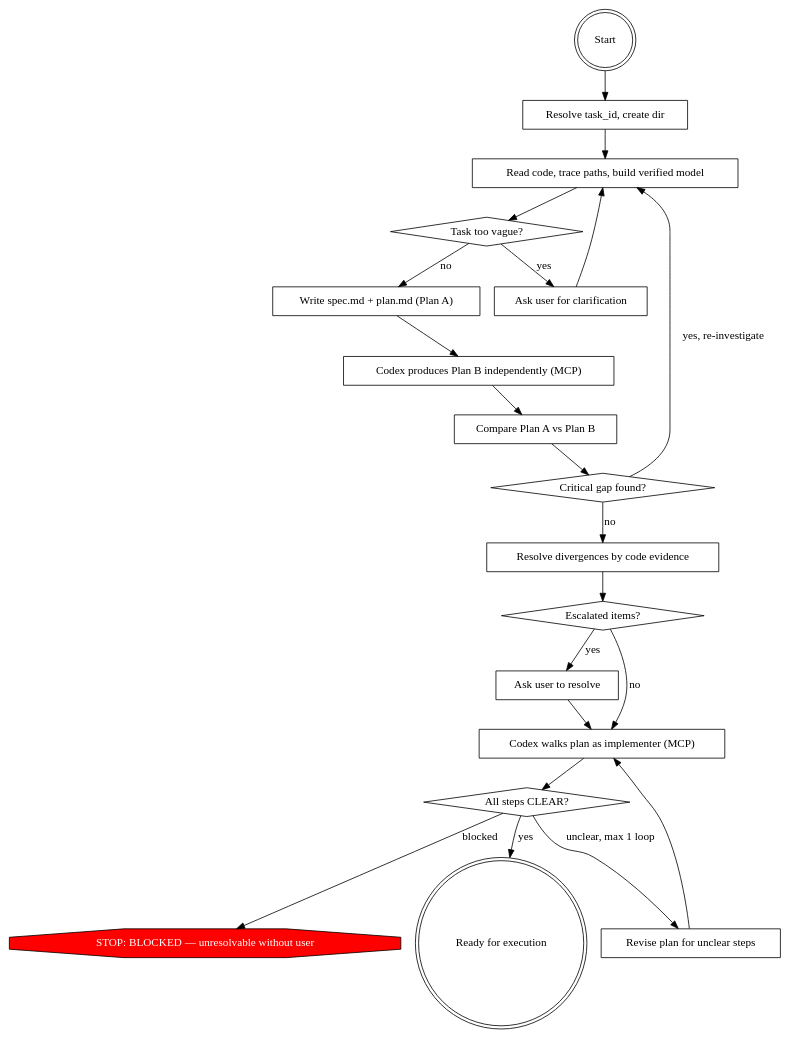
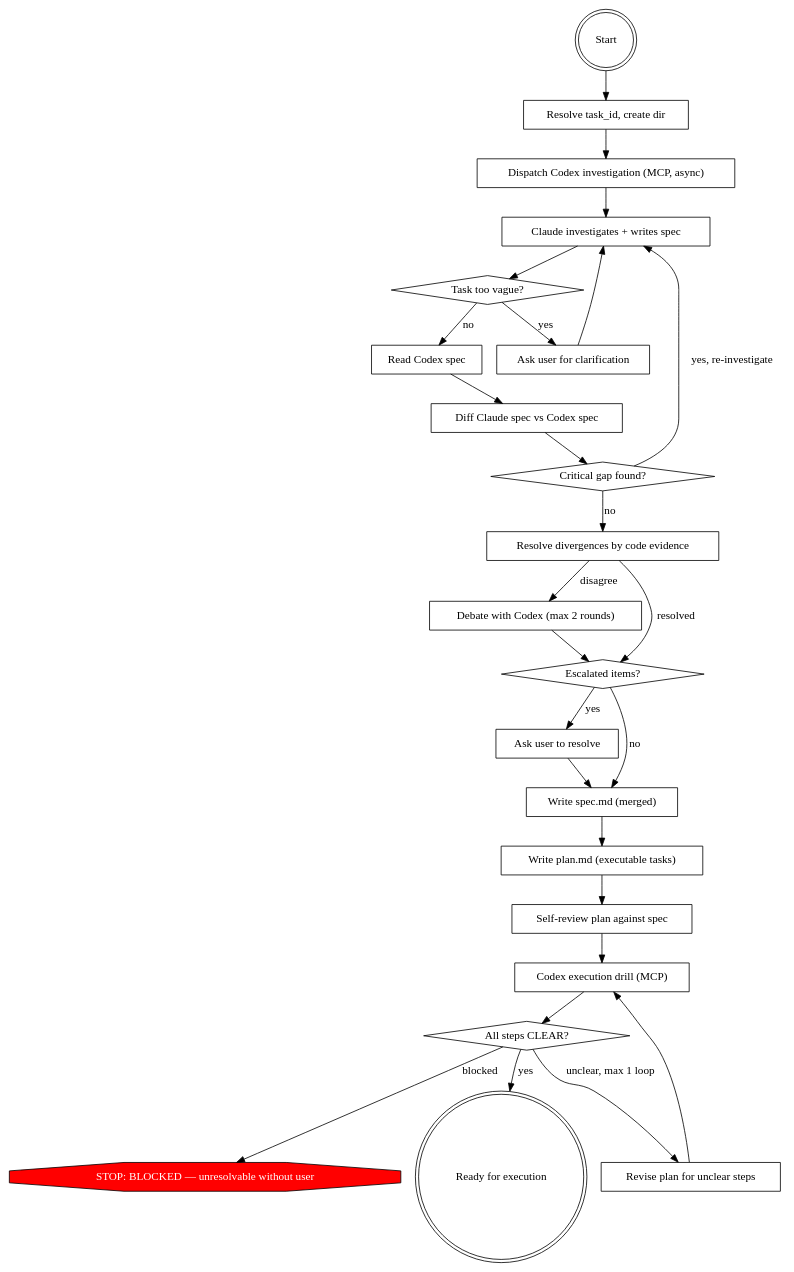
The diagram in skills/plan/SKILL.md (tryship/ship), drawn with Graphviz before and after one commit. The commit also changed other lines of this file and 4 other files, not shown here.

First line of the commit message:
feat(plan): v1.0.0 — parallel investigation, brainstorming specs, executable plans

````diff
--- a/skills/plan/SKILL.md
+++ b/skills/plan/SKILL.md
@@ -58,44 +39,53 @@
 ```dot
 digraph plan {
     rankdir=TB;
 
     "Start" [shape=doublecircle];
     "Resolve task_id, create dir" [shape=box];
-    "Read code, trace paths, build verified model" [shape=box];
+    "Dispatch Codex investigation (MCP, async)" [shape=box];
+    "Claude investigates + writes spec" [shape=box];
+    "Read Codex spec" [shape=box];
     "Task too vague?" [shape=diamond];
     "Ask user for clarification" [shape=box];
-    "Write spec.md + plan.md (Plan A)" [shape=box];
-    "Codex produces Plan B independently (MCP)" [shape=box];
-    "Compare Plan A vs Plan B" [shape=box];
+    "Diff Claude spec vs Codex spec" [shape=box];
     "Critical gap found?" [shape=diamond];
     "Resolve divergences by code evidence" [shape=box];
+    "Debate with Codex (max 2 rounds)" [shape=box];
     "Escalated items?" [shape=diamond];
     "Ask user to resolve" [shape=box];
-    "Codex walks plan as implementer (MCP)" [shape=box];
+    "Write spec.md (merged)" [shape=box];
+    "Write plan.md (executable tasks)" [shape=box];
+    "Self-review plan against spec" [shape=box];
+    "Codex execution drill (MCP)" [shape=box];
     "All steps CLEAR?" [shape=diamond];
     "Revise plan for unclear steps" [shape=box];
     "STOP: BLOCKED — unresolvable without user" [shape=octagon, style=filled, fillcolor=red, fontcolor=white];
     "Ready for execution" [shape=doublecircle];
 
     "Start" -> "Resolve task_id, create dir";
-    "Resolve task_id, create dir" -> "Read code, trace paths, build verified model";
-    "Read code, trace paths, build verified model" -> "Task too vague?";
+    "Resolve task_id, create dir" -> "Dispatch Codex investigation (MCP, async)";
+    "Dispatch Codex investigation (MCP, async)" -> "Claude investigates + writes spec";
+    "Claude investigates + writes spec" -> "Task too vague?";
     "Task too vague?" -> "Ask user for clarification" [label="yes"];
-    "Ask user for clarification" -> "Read code, trace paths, build verified model";
-    "Task too vague?" -> "Write spec.md + plan.md (Plan A)" [label="no"];
-    "Write spec.md + plan.md (Plan A)" -> "Codex produces Plan B independently (MCP)";
-    "Codex produces Plan B independently (MCP)" -> "Compare Plan A vs Plan B";
-    "Compare Plan A vs Plan B" -> "Critical gap found?";
-    "Critical gap found?" -> "Read code, trace paths, build verified model" [label="yes, re-investigate"];
+    "Ask user for clarification" -> "Claude investigates + writes spec";
+    "Task too vague?" -> "Read Codex spec" [label="no"];
+    "Read Codex spec" -> "Diff Claude spec vs Codex spec";
+    "Diff Claude spec vs Codex spec" -> "Critical gap found?";
+    "Critical gap found?" -> "Claude investigates + writes spec" [label="yes, re-investigate"];
     "Critical gap found?" -> "Resolve divergences by code evidence" [label="no"];
-    "Resolve divergences by code evidence" -> "Escalated items?";
+    "Resolve divergences by code evidence" -> "Debate with Codex (max 2 rounds)" [label="disagree"];
+    "Resolve divergences by code evidence" -> "Escalated items?" [label="resolved"];
+    "Debate with Codex (max 2 rounds)" -> "Escalated items?";
     "Escalated items?" -> "Ask user to resolve" [label="yes"];
-    "Ask user to resolve" -> "Codex walks plan as implementer (MCP)";
-    "Escalated items?" -> "Codex walks plan as implementer (MCP)" [label="no"];
-    "Codex walks plan as implementer (MCP)" -> "All steps CLEAR?";
+    "Ask user to resolve" -> "Write spec.md (merged)";
+    "Escalated items?" -> "Write spec.md (merged)" [label="no"];
+    "Write spec.md (merged)" -> "Write plan.md (executable tasks)";
+    "Write plan.md (executable tasks)" -> "Self-review plan against spec";
+    "Self-review plan against spec" -> "Codex execution drill (MCP)";
+    "Codex execution drill (MCP)" -> "All steps CLEAR?";
     "All steps CLEAR?" -> "Ready for execution" [label="yes"];
     "All steps CLEAR?" -> "Revise plan for unclear steps" [label="unclear, max 1 loop"];
-    "Revise plan for unclear steps" -> "Codex walks plan as implementer (MCP)";
+    "Revise plan for unclear steps" -> "Codex execution drill (MCP)";
     "All steps CLEAR?" -> "STOP: BLOCKED — unresolvable without user" [label="blocked"];
 }
 ```
````
